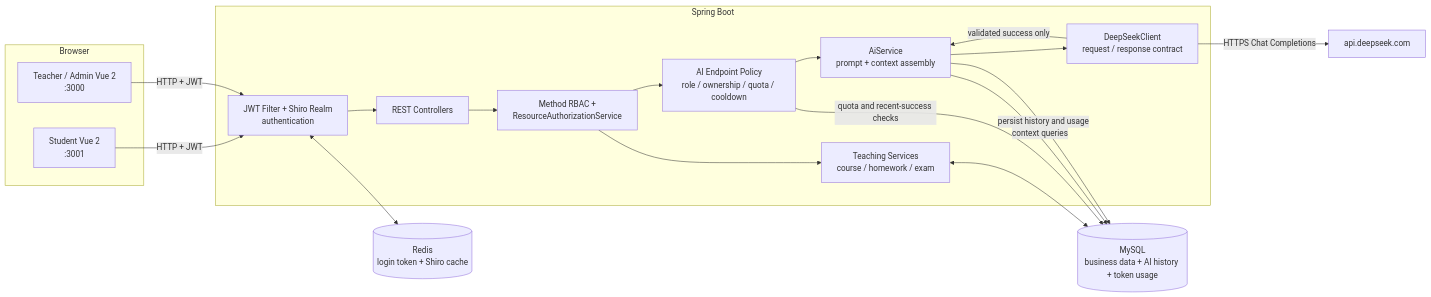
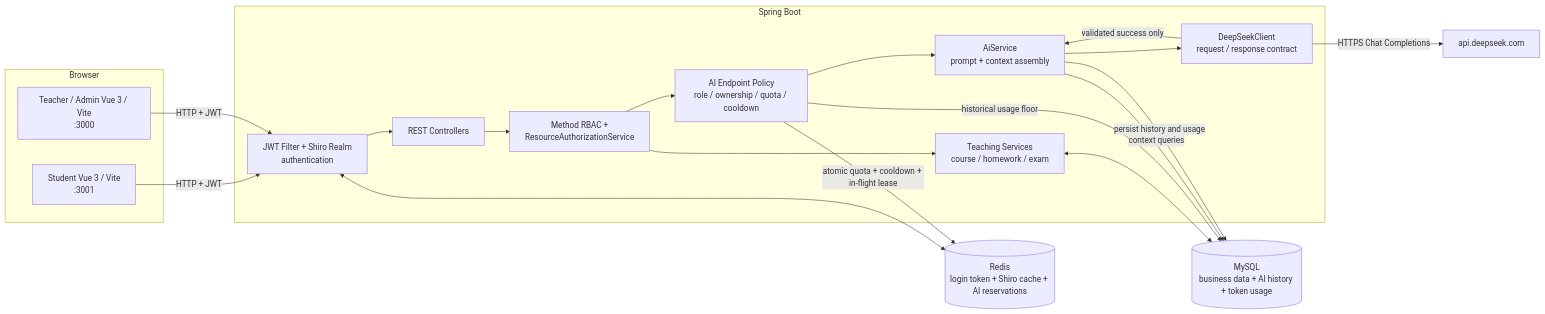
One commit to Tsing-duan/zhixue-yuntu changed the diagram in docs/architecture.md. Above: the diagram before and after it, drawn with Mermaid. The commit also changed other lines of this file and 304 other files, not shown here.

````diff
--- a/docs/architecture.md
+++ b/docs/architecture.md
@@ -5,37 +5,38 @@
 ```mermaid
 flowchart LR
     subgraph Browser[Browser]
-        Student[Student Vue 2<br/>:3001]
-        Staff[Teacher / Admin Vue 2<br/>:3000]
+        Student[Student Vue 3 / Vite<br/>:3001]
+        Staff[Teacher / Admin Vue 3 / Vite<br/>:3000]
     end
 
     subgraph Backend[Spring Boot]
         Filter[JWT Filter + Shiro Realm<br/>authentication]
         Controller[REST Controllers]
         Authorization[Method RBAC +<br/>ResourceAuthorizationService]
         Teaching[Teaching Services<br/>course / homework / exam]
         AiPolicy[AI Endpoint Policy<br/>role / ownership / quota / cooldown]
         AiService[AiService<br/>prompt + context assembly]
         Client[DeepSeekClient<br/>request / response contract]
     end
 
     Student -->|HTTP + JWT| Filter
     Staff -->|HTTP + JWT| Filter
     Filter --> Controller
     Controller --> Authorization
     Authorization --> Teaching
     Authorization --> AiPolicy
     AiPolicy --> AiService
     AiService --> Client
     Client -->|HTTPS Chat Completions| Provider[api.deepseek.com]
 
-    Redis[(Redis<br/>login token + Shiro cache)]
+    Redis[(Redis<br/>login token + Shiro cache + AI reservations)]
     MySQL[(MySQL<br/>business data + AI history + token usage)]
 
     Filter <--> Redis
     Teaching <--> MySQL
-    AiPolicy -->|quota and recent-success checks| MySQL
+    AiPolicy -->|atomic quota + cooldown + in-flight lease| Redis
+    AiPolicy -->|historical usage floor| MySQL
     AiService -->|context queries| MySQL
     Client -->|validated success only| AiService
     AiService -->|persist history and usage| MySQL
 ```
````
